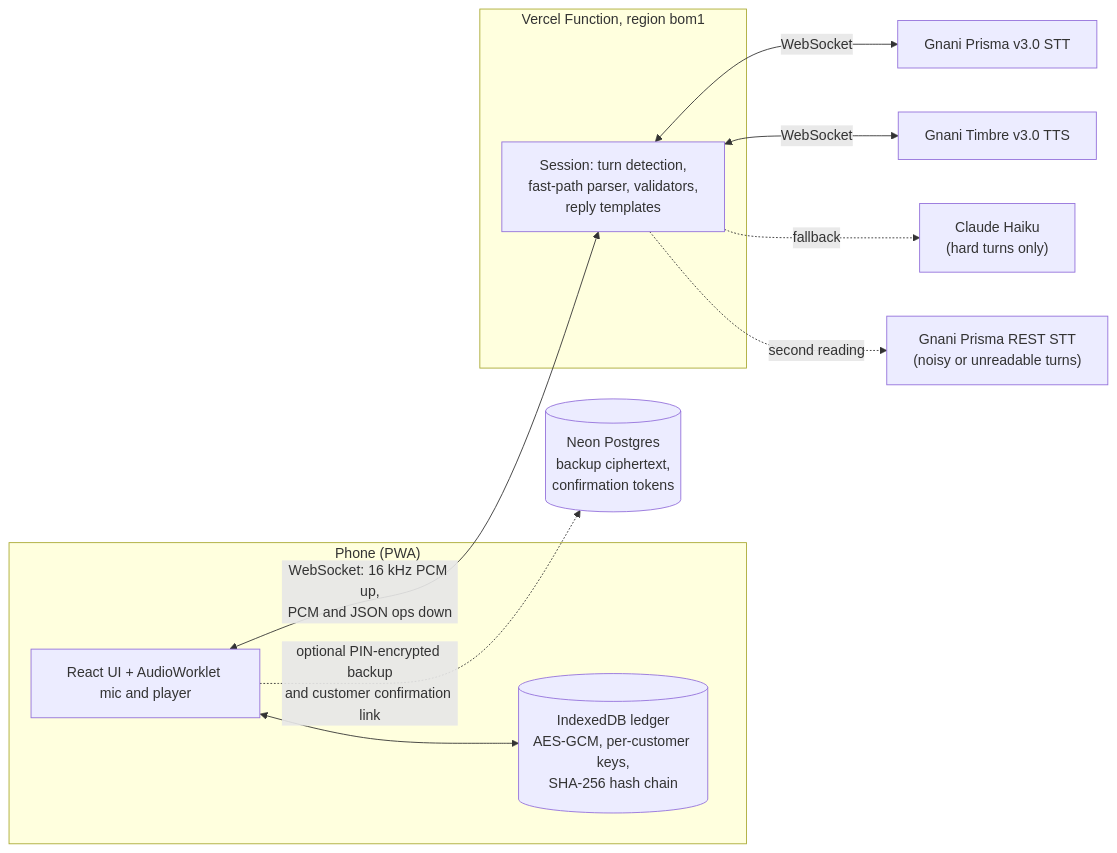
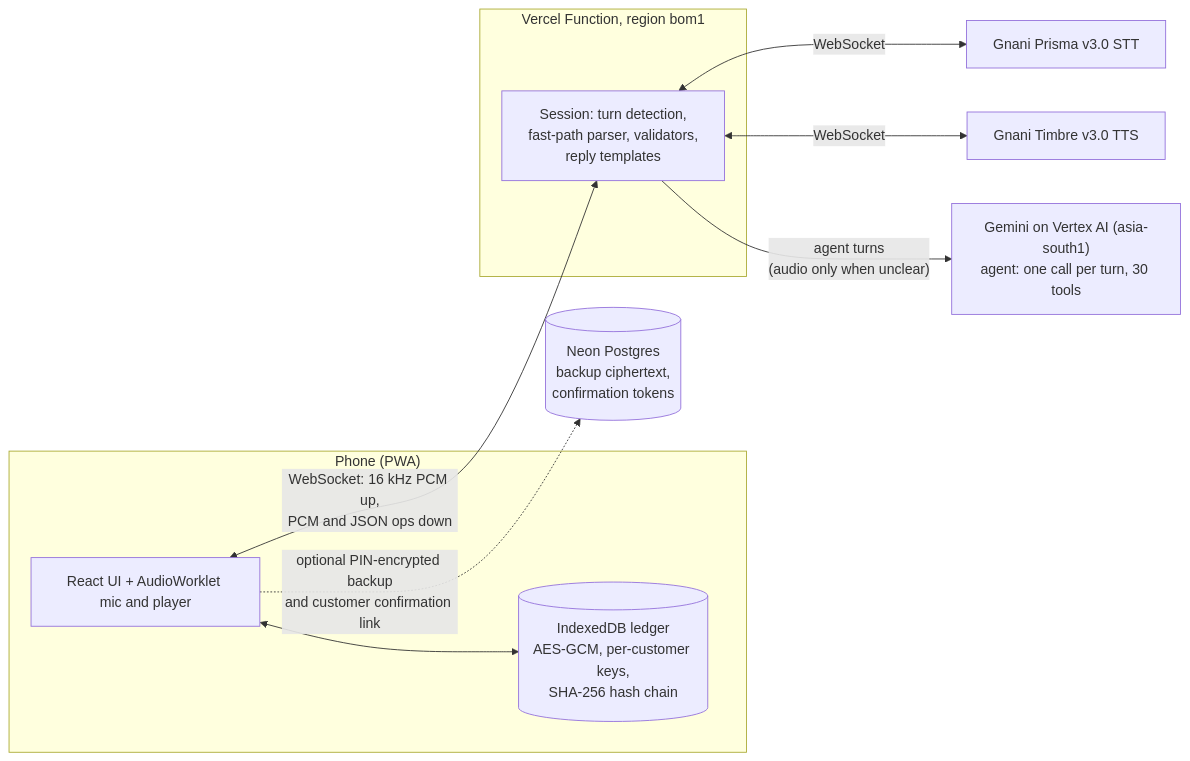
The first of 2 diagrams in README.md (sulaiman-shariff/voice-khata), drawn with Mermaid before and after one commit. The commit also changed other lines of this file and 5 other files, not shown here.

First line of the commit message:
docs: v2 architecture, measurements and env

````diff
--- a/README.md
+++ b/README.md
@@ -28,22 +28,20 @@
 ```mermaid
 flowchart LR
   subgraph Phone["Phone (PWA)"]
     UI["React UI + AudioWorklet mic and player"]
     DB[("IndexedDB ledger<br/>AES-GCM, per-customer keys,<br/>SHA-256 hash chain")]
     UI <--> DB
   end
   subgraph Vercel["Vercel Function, region bom1"]
     S["Session: turn detection,<br/>fast-path parser, validators,<br/>reply templates"]
   end
   STT["Gnani Prisma v3.0 STT"]
   TTS["Gnani Timbre v3.0 TTS"]
-  REST["Gnani Prisma REST STT<br/>(noisy or unreadable turns)"]
-  LLM["Claude Haiku<br/>(hard turns only)"]
+  LLM["Gemini on Vertex AI (asia-south1)<br/>agent: one call per turn, 30 tools"]
   NEON[("Neon Postgres<br/>backup ciphertext,<br/>confirmation tokens")]
   UI <-- "WebSocket: 16 kHz PCM up,<br/>PCM and JSON ops down" --> S
   S <-- WebSocket --> STT
   S <-- WebSocket --> TTS
-  S -. fallback .-> LLM
-  S -. second reading .-> REST
+  S -- "agent turns<br/>(audio only when unclear)" --> LLM
   UI -. "optional PIN-encrypted backup<br/>and customer confirmation link" .-> NEON
 ```
````
